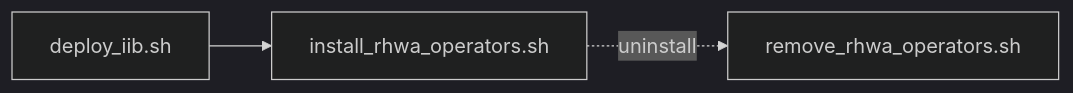
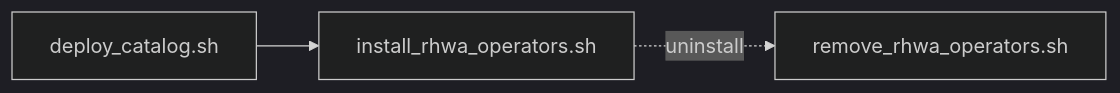
Before and after one commit to medik8s/tools: the diagram in scripts/docs/rhwa_cluster_setup_workflow.md, drawn with Mermaid (dark theme). The commit also changed other lines of this file and 4 other files, not shown here.

First line of the commit message:
Rename deploy_iib.sh to deploy_catalog.sh with FBC support

````diff
--- a/scripts/docs/rhwa_cluster_setup_workflow.md
+++ b/scripts/docs/rhwa_cluster_setup_workflow.md
@@ -7,5 +7,5 @@
 ```mermaid
 flowchart LR
-  A[deploy_iib.sh] --> B[install_rhwa_operators.sh]
+  A[deploy_catalog.sh] --> B[install_rhwa_operators.sh]
   B -.->|uninstall| C[remove_rhwa_operators.sh]
 ```
````
